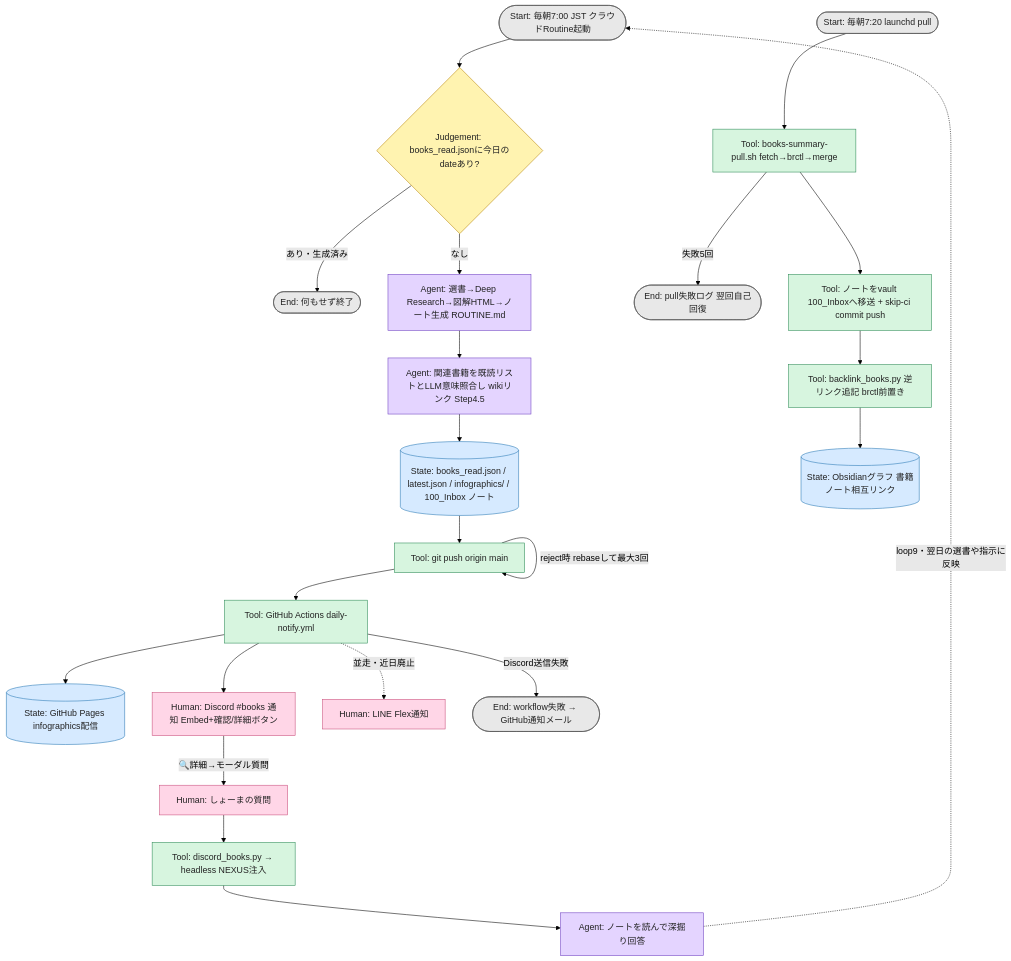
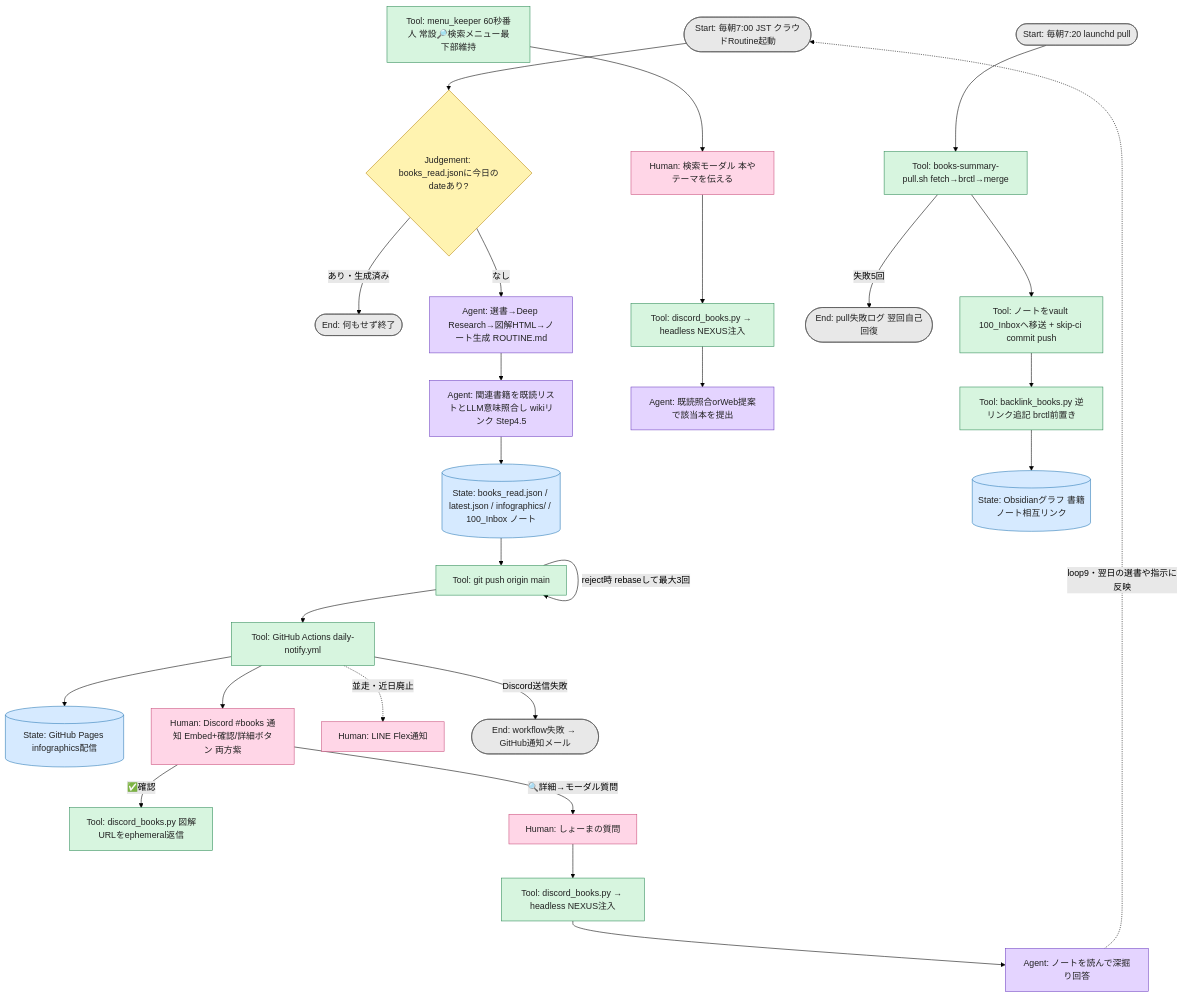
The diagram in README.md (oshomadesse/books-summary), drawn with Mermaid (forest theme) before and after one commit. The commit also changed other lines of this file and 229 other files, not shown here.

````diff
--- a/README.md
+++ b/README.md
@@ -62,33 +62,37 @@
 ```mermaid
 flowchart TD
     %% この図はHumanがグラフを監視する唯一の場所。Node・Edge・Loop・State変更時は同じpushで必ず更新する（.claude/rules/docs-sync.md）。
     Start([Start: 毎朝7:00 JST クラウドRoutine起動]):::startend --> G{Judgement: books_read.jsonに今日のdateあり?}:::judgement
     G -->|あり・生成済み| EndSkip([End: 何もせず終了]):::startend
     G -->|なし| A[Agent: 選書→Deep Research→図解HTML→ノート生成 ROUTINE.md]:::agent
     A --> L[Agent: 関連書籍を既読リストとLLM意味照合し wikiリンク Step4.5]:::agent
     L --> SR[(State: books_read.json / latest.json / infographics/ / 100_Inbox ノート)]:::state
     SR --> P[Tool: git push origin main]:::tool
     P -->|reject時 rebaseして最大3回| P
     P --> W[Tool: GitHub Actions daily-notify.yml]:::tool
     W --> PG[(State: GitHub Pages infographics配信)]:::state
-    W --> DN[Human: Discord #books 通知 Embed+確認/詳細ボタン]:::human
+    W --> DN[Human: Discord #books 通知 Embed+確認/詳細ボタン 両方紫]:::human
+    DN -->|✅確認| CF[Tool: discord_books.py 図解URLをephemeral返信]:::tool
+    MK[Tool: menu_keeper 60秒番人 常設🔎検索メニュー最下部維持]:::tool --> SM[Human: 検索モーダル 本やテーマを伝える]:::human
+    SM --> DB2[Tool: discord_books.py → headless NEXUS注入]:::tool
+    DB2 --> SA[Agent: 既読照合orWeb提案で該当本を提出]:::agent
     W -.->|並走・近日廃止| LN[Human: LINE Flex通知]:::human
     W -->|Discord送信失敗| ErrW([End: workflow失敗 → GitHub通知メール]):::startend
     Start2([Start: 毎朝7:20 launchd pull]):::startend --> PU[Tool: books-summary-pull.sh fetch→brctl→merge]:::tool
     PU -->|失敗5回| ErrP([End: pull失敗ログ 翌回自己回復]):::startend
     PU --> MV[Tool: ノートをvault 100_Inboxへ移送 + skip-ci commit push]:::tool
     MV --> BL[Tool: backlink_books.py 逆リンク追記 brctl前置き]:::tool
     BL --> OB[(State: Obsidianグラフ 書籍ノート相互リンク)]:::state
     DN -->|🔍詳細→モーダル質問| HD[Human: しょーまの質問]:::human
     HD --> DB[Tool: discord_books.py → headless NEXUS注入]:::tool
     DB --> DA[Agent: ノートを読んで深掘り回答]:::agent
     DA -.->|loop9・翌日の選書や指示に反映| Start
 
     classDef agent fill:#e4d4ff,stroke:#6f42c1,color:#222
     classDef tool fill:#d7f5df,stroke:#2e8b57,color:#222
     classDef human fill:#ffd6e7,stroke:#c94f7c,color:#222
     classDef evaluator fill:#ffe0b2,stroke:#d97706,color:#222
     classDef state fill:#d6eaff,stroke:#2878b5,color:#222
     classDef judgement fill:#fff3b0,stroke:#b8860b,color:#222
     classDef startend fill:#e8e8e8,stroke:#555,color:#222
 ```
````
